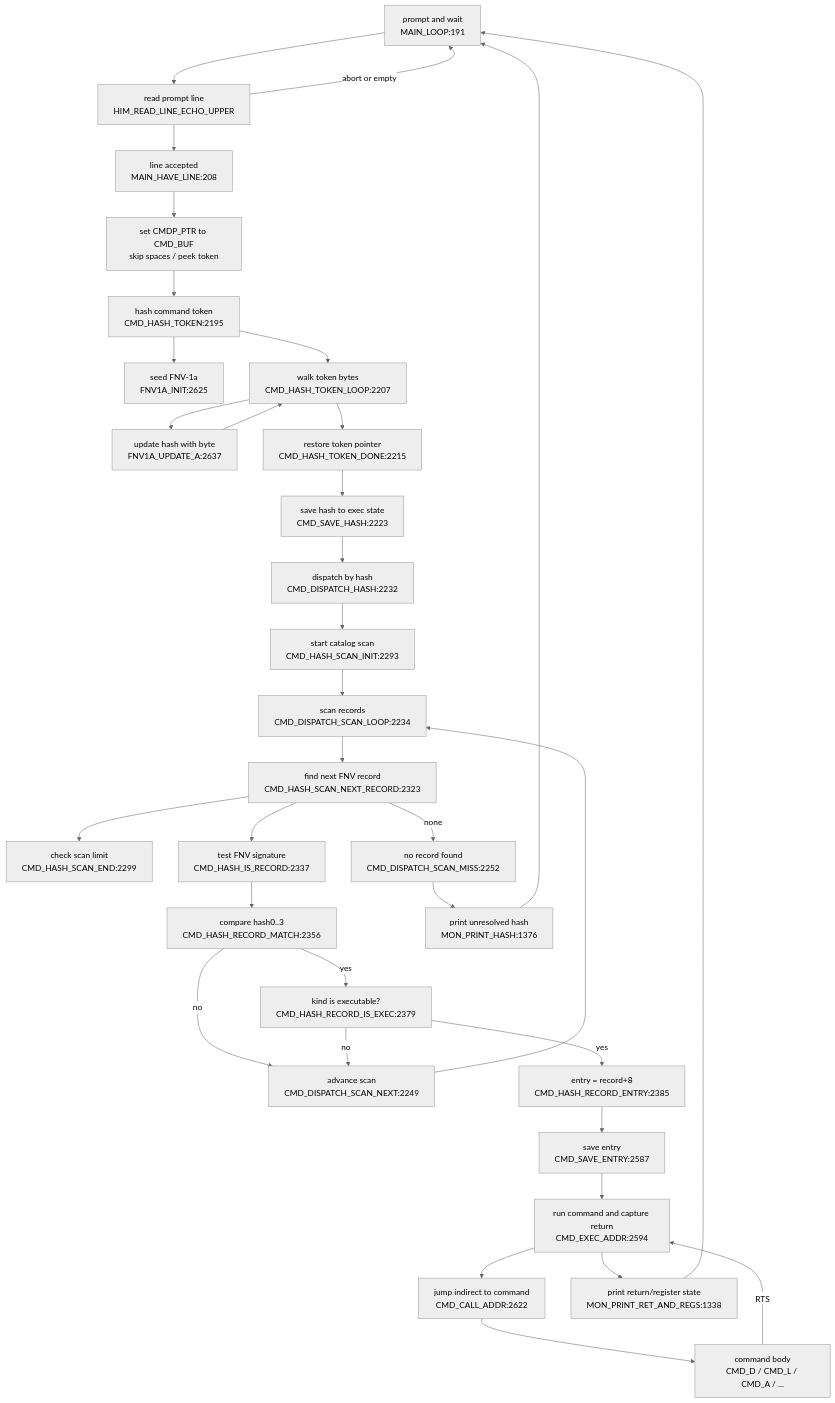
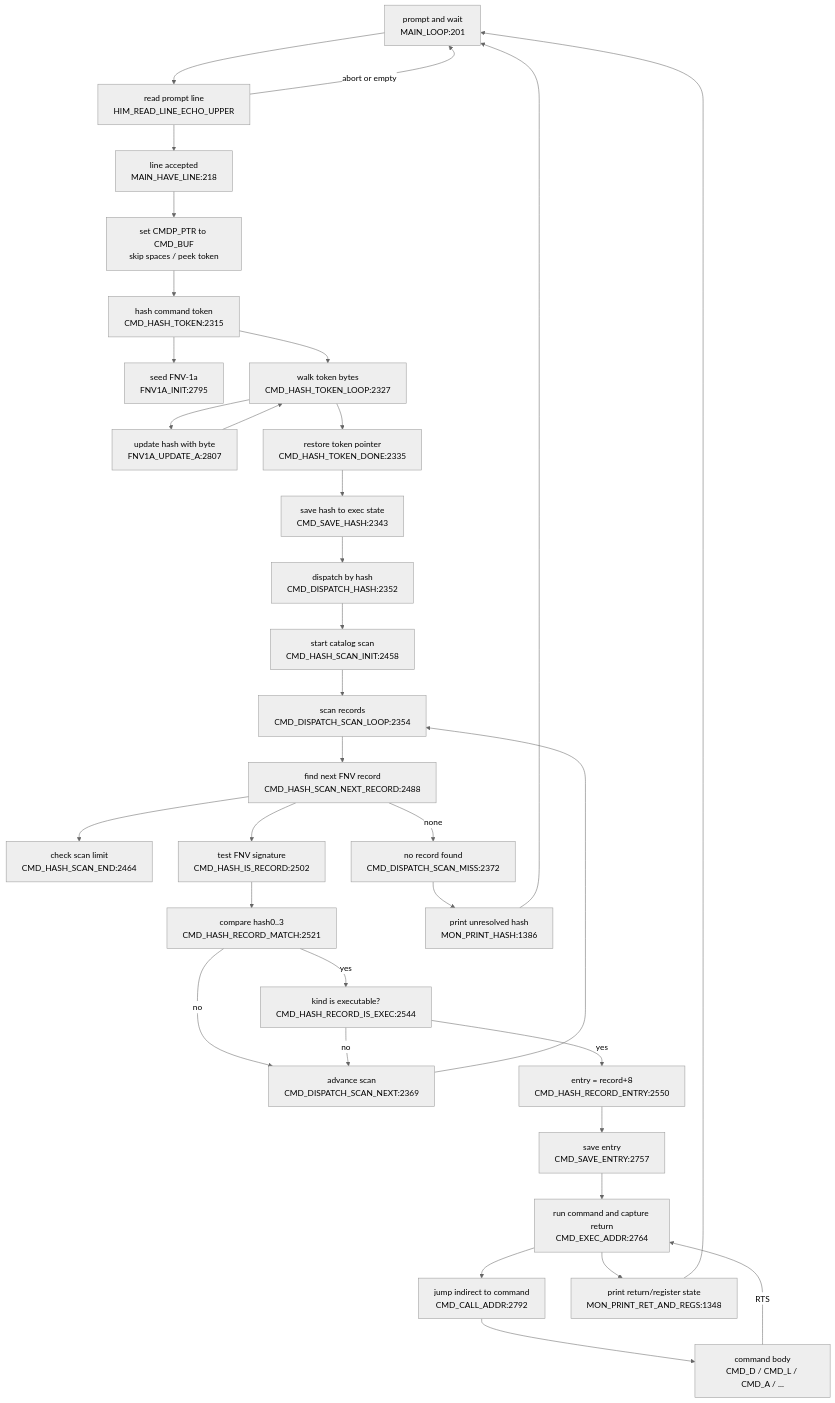
The diagram in DOC/GENERATED/CMD_FLOW_MAP.md (95westus/R-YORS), drawn with Mermaid (neutral theme) before and after one commit. The commit also changed other lines of this file and 180 other files, not shown here.

````diff
--- a/DOC/GENERATED/CMD_FLOW_MAP.md
+++ b/DOC/GENERATED/CMD_FLOW_MAP.md
@@ -10,36 +10,36 @@
 ```mermaid
 flowchart TD
-    LOOP["prompt and wait<br/>MAIN_LOOP:191"] --> READ["read prompt line<br/>HIM_READ_LINE_ECHO_UPPER"]
-    READ --> HAVE["line accepted<br/>MAIN_HAVE_LINE:208"]
+    LOOP["prompt and wait<br/>MAIN_LOOP:201"] --> READ["read prompt line<br/>HIM_READ_LINE_ECHO_UPPER"]
+    READ --> HAVE["line accepted<br/>MAIN_HAVE_LINE:218"]
     READ -->|abort or empty| LOOP
     HAVE --> PREP["set CMDP_PTR to CMD_BUF<br/>skip spaces / peek token"]
-    PREP --> HASH["hash command token<br/>CMD_HASH_TOKEN:2195"]
-    HASH --> FNVINIT["seed FNV-1a<br/>FNV1A_INIT:2625"]
-    HASH --> HASHLOOP["walk token bytes<br/>CMD_HASH_TOKEN_LOOP:2207"]
-    HASHLOOP --> UPDATE["update hash with byte<br/>FNV1A_UPDATE_A:2637"]
+    PREP --> HASH["hash command token<br/>CMD_HASH_TOKEN:2315"]
+    HASH --> FNVINIT["seed FNV-1a<br/>FNV1A_INIT:2795"]
+    HASH --> HASHLOOP["walk token bytes<br/>CMD_HASH_TOKEN_LOOP:2327"]
+    HASHLOOP --> UPDATE["update hash with byte<br/>FNV1A_UPDATE_A:2807"]
     UPDATE --> HASHLOOP
-    HASHLOOP --> DONE["restore token pointer<br/>CMD_HASH_TOKEN_DONE:2215"]
-    DONE --> SAVEHASH["save hash to exec state<br/>CMD_SAVE_HASH:2223"]
-    SAVEHASH --> DISPATCH["dispatch by hash<br/>CMD_DISPATCH_HASH:2232"]
-    DISPATCH --> SCANINIT["start catalog scan<br/>CMD_HASH_SCAN_INIT:2293"]
-    SCANINIT --> SCANLOOP["scan records<br/>CMD_DISPATCH_SCAN_LOOP:2234"]
-    SCANLOOP --> NEXTREC["find next FNV record<br/>CMD_HASH_SCAN_NEXT_RECORD:2323"]
-    NEXTREC --> ENDCHK["check scan limit<br/>CMD_HASH_SCAN_END:2299"]
-    NEXTREC --> ISREC["test FNV signature<br/>CMD_HASH_IS_RECORD:2337"]
-    NEXTREC -->|none| MISS["no record found<br/>CMD_DISPATCH_SCAN_MISS:2252"]
-    ISREC --> MATCH["compare hash0..3<br/>CMD_HASH_RECORD_MATCH:2356"]
-    MATCH -->|no| ADV["advance scan<br/>CMD_DISPATCH_SCAN_NEXT:2249"]
+    HASHLOOP --> DONE["restore token pointer<br/>CMD_HASH_TOKEN_DONE:2335"]
+    DONE --> SAVEHASH["save hash to exec state<br/>CMD_SAVE_HASH:2343"]
+    SAVEHASH --> DISPATCH["dispatch by hash<br/>CMD_DISPATCH_HASH:2352"]
+    DISPATCH --> SCANINIT["start catalog scan<br/>CMD_HASH_SCAN_INIT:2458"]
+    SCANINIT --> SCANLOOP["scan records<br/>CMD_DISPATCH_SCAN_LOOP:2354"]
+    SCANLOOP --> NEXTREC["find next FNV record<br/>CMD_HASH_SCAN_NEXT_RECORD:2488"]
+    NEXTREC --> ENDCHK["check scan limit<br/>CMD_HASH_SCAN_END:2464"]
+    NEXTREC --> ISREC["test FNV signature<br/>CMD_HASH_IS_RECORD:2502"]
+    NEXTREC -->|none| MISS["no record found<br/>CMD_DISPATCH_SCAN_MISS:2372"]
+    ISREC --> MATCH["compare hash0..3<br/>CMD_HASH_RECORD_MATCH:2521"]
+    MATCH -->|no| ADV["advance scan<br/>CMD_DISPATCH_SCAN_NEXT:2369"]
     ADV --> SCANLOOP
-    MATCH -->|yes| EXECOK["kind is executable?<br/>CMD_HASH_RECORD_IS_EXEC:2379"]
+    MATCH -->|yes| EXECOK["kind is executable?<br/>CMD_HASH_RECORD_IS_EXEC:2544"]
     EXECOK -->|no| ADV
-    EXECOK -->|yes| ENTRY["entry = record+8<br/>CMD_HASH_RECORD_ENTRY:2385"]
-    ENTRY --> SAVEENTRY["save entry<br/>CMD_SAVE_ENTRY:2587"]
-    SAVEENTRY --> RUN["run command and capture return<br/>CMD_EXEC_ADDR:2594"]
-    RUN --> CALL["jump indirect to command<br/>CMD_CALL_ADDR:2622"]
+    EXECOK -->|yes| ENTRY["entry = record+8<br/>CMD_HASH_RECORD_ENTRY:2550"]
+    ENTRY --> SAVEENTRY["save entry<br/>CMD_SAVE_ENTRY:2757"]
+    SAVEENTRY --> RUN["run command and capture return<br/>CMD_EXEC_ADDR:2764"]
+    RUN --> CALL["jump indirect to command<br/>CMD_CALL_ADDR:2792"]
     CALL --> BODY["command body<br/>CMD_D / CMD_L / CMD_A / ..."]
     BODY -->|RTS| RUN
-    RUN --> RETPRINT["print return/register state<br/>MON_PRINT_RET_AND_REGS:1338"]
+    RUN --> RETPRINT["print return/register state<br/>MON_PRINT_RET_AND_REGS:1348"]
     RETPRINT --> LOOP
-    MISS --> PRHASH["print unresolved hash<br/>MON_PRINT_HASH:1376"]
+    MISS --> PRHASH["print unresolved hash<br/>MON_PRINT_HASH:1386"]
     PRHASH --> LOOP
 ```
````
